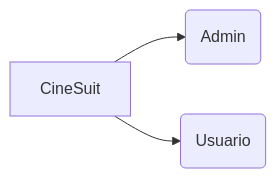
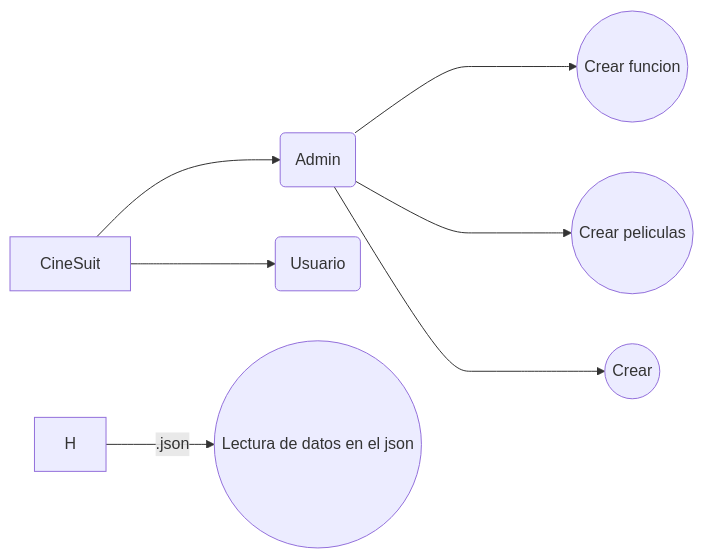
Before and after one commit to DLeonardoG/Cinema: the diagram in README.md, drawn with Mermaid.

````diff
--- a/README.md
+++ b/README.md
@@ -38,6 +38,10 @@
 ```mermaid
 graph LR
 A[CineSuit] --> B(Admin)
 A[CineSuit] --> C(Usuario)
+B ----> E((Crear funcion))
+B ----> F((Crear peliculas))
+B ----> G((Crear ))
+H --.json--> I((Lectura de datos en el json)) 
  
 ```
````
